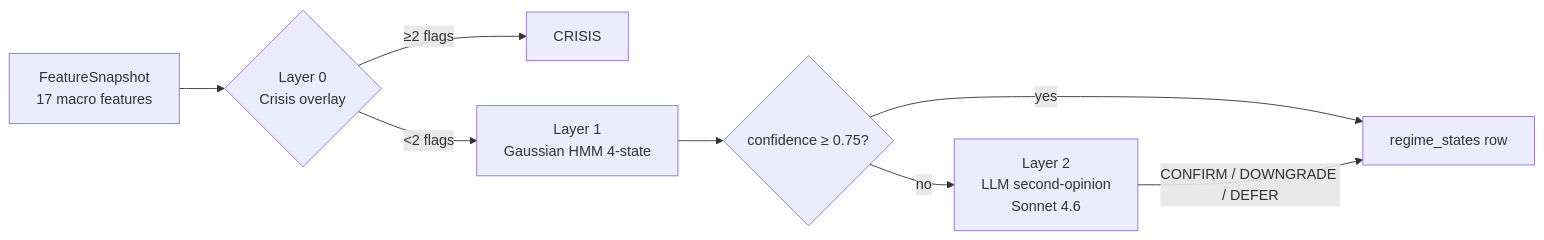
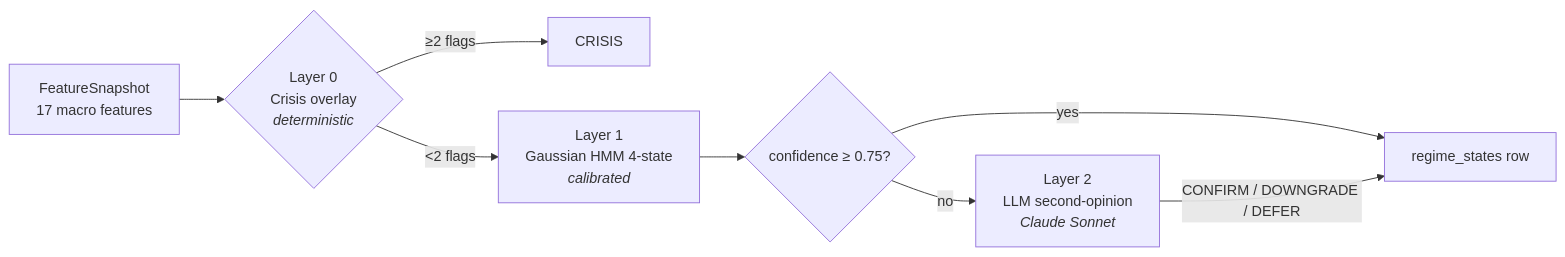
One commit to zjzJoez/trading-agent changed the second of 3 diagrams in README.md. Above: the diagram before and after it, drawn with Mermaid. The commit also changed other lines of this file and 1 other file, not shown here.

````diff
--- a/README.md
+++ b/README.md
@@ -172,10 +189,11 @@
 ```mermaid
 flowchart LR
-    F[FeatureSnapshot<br/>17 macro features] --> L0{Layer 0<br/>Crisis overlay}
-    L0 -->|≥2 flags| CRISIS[CRISIS]
-    L0 -->|<2 flags| L1[Layer 1<br/>Gaussian HMM 4-state]
+    F[FeatureSnapshot<br/>17 macro features]
+    F --> L0{Layer 0<br/>Crisis overlay<br/><i>deterministic</i>}
+    L0 -- ≥2 flags --> CRISIS[CRISIS]
+    L0 -- <2 flags --> L1[Layer 1<br/>Gaussian HMM 4-state<br/><i>calibrated</i>]
     L1 --> CONF{confidence ≥ 0.75?}
-    CONF -->|yes| OUT
-    CONF -->|no| L2[Layer 2<br/>LLM second-opinion<br/>Sonnet 4.6]
+    CONF -- yes --> OUT
+    CONF -- no --> L2[Layer 2<br/>LLM second-opinion<br/><i>Claude Sonnet</i>]
     L2 -->|CONFIRM / DOWNGRADE / DEFER| OUT[regime_states row]
 ```
````
